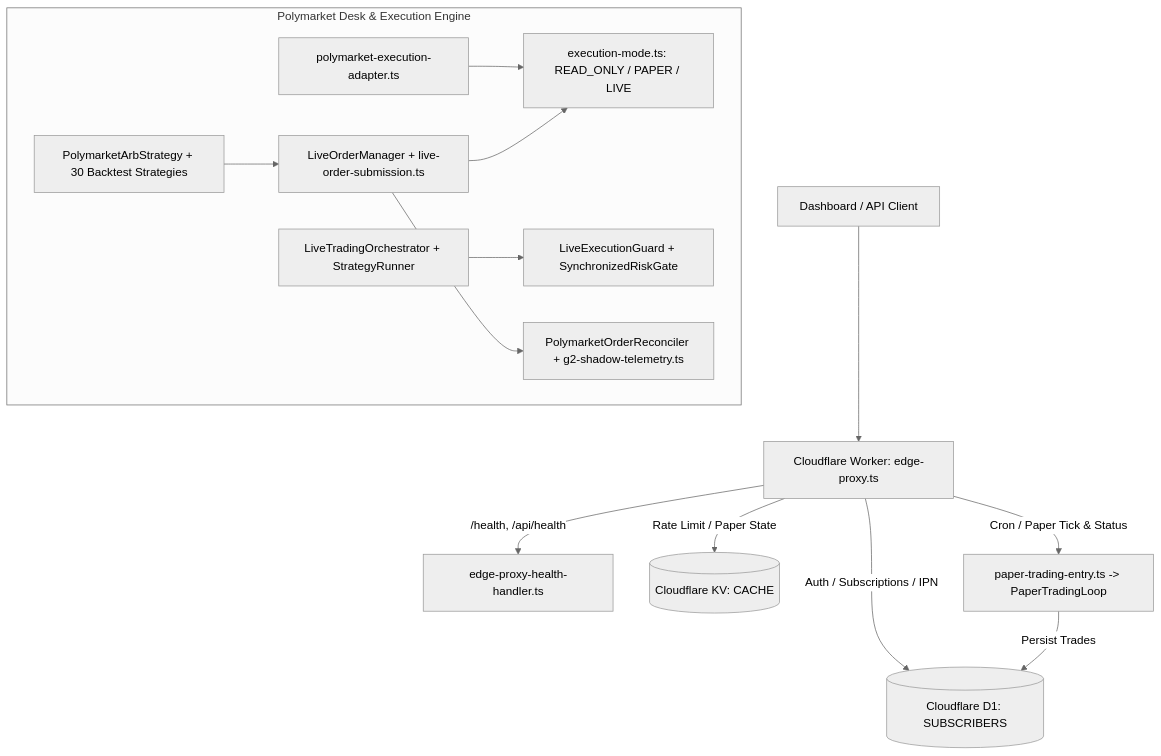
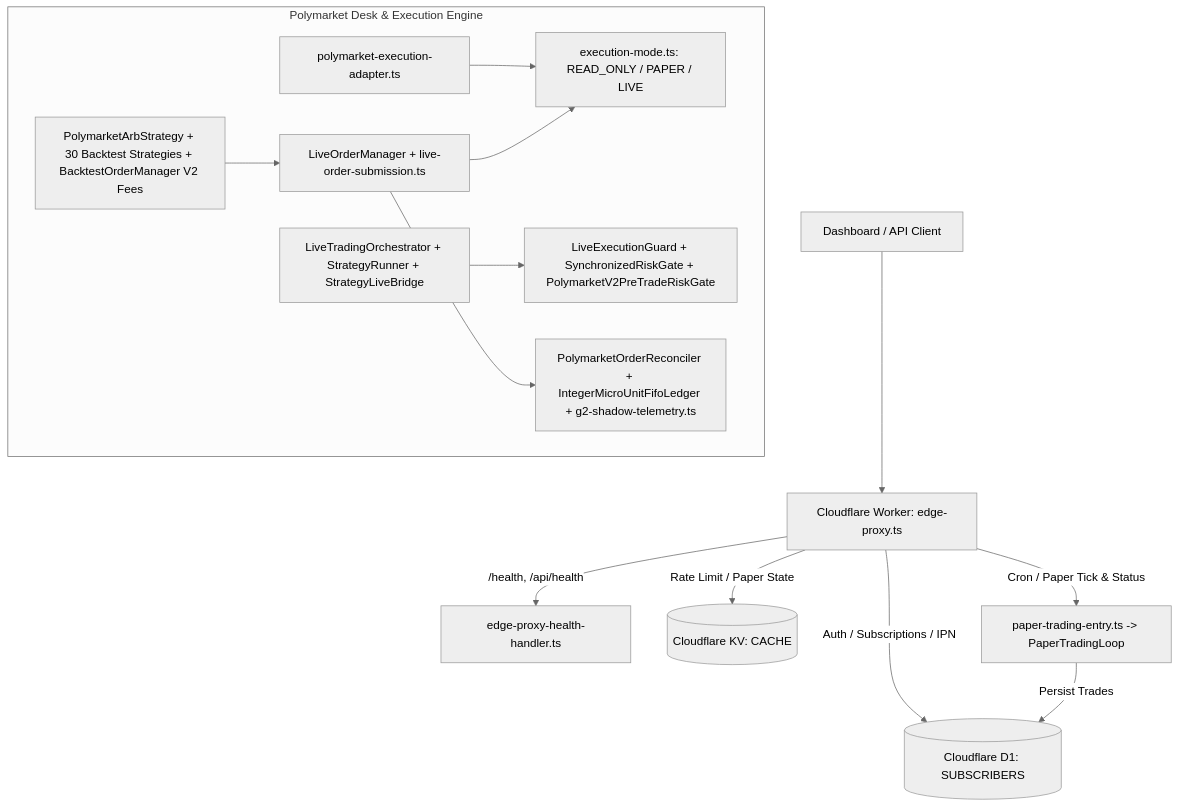
The diagram in plans/reports/audit-261101-golive-poly/01-system-map.md (minhlongs/algo-trader), drawn with Mermaid (neutral theme) before and after one commit. The commit also changed 15 other files, not shown here.

First line of the commit message:
feat(polymarket): wire 5-tier FIFO redemption settlement, opt-in CLOB V2 backtest fees, and sync audit dossier (#258) (#259)

````diff
--- a/plans/reports/audit-261101-golive-poly/01-system-map.md
+++ b/plans/reports/audit-261101-golive-poly/01-system-map.md
@@ -5,25 +5,25 @@
 ```mermaid
 flowchart TD
   Client[Dashboard / API Client] --> Edge[Cloudflare Worker: edge-proxy.ts]
   Edge -->|/health, /api/health| Health[edge-proxy-health-handler.ts]
   Edge -->|Auth / Subscriptions / IPN| D1[(Cloudflare D1: SUBSCRIBERS)]
   Edge -->|Rate Limit / Paper State| KV[(Cloudflare KV: CACHE)]
   Edge -->|Cron / Paper Tick & Status| Paper[paper-trading-entry.ts -> PaperTradingLoop]
   Paper -->|Persist Trades| D1
 
   subgraph NodeDesk [Polymarket Desk & Execution Engine]
     ModeGate[execution-mode.ts: READ_ONLY / PAPER / LIVE]
-    ExecGuard[LiveExecutionGuard + SynchronizedRiskGate]
+    ExecGuard[LiveExecutionGuard + SynchronizedRiskGate + PolymarketV2PreTradeRiskGate]
     Builder[polymarket-execution-adapter.ts]
-    Orch[LiveTradingOrchestrator + StrategyRunner]
+    Orch[LiveTradingOrchestrator + StrategyRunner + StrategyLiveBridge]
     LOM[LiveOrderManager + live-order-submission.ts]
-    Reconciler[PolymarketOrderReconciler + g2-shadow-telemetry.ts]
-    Arb[PolymarketArbStrategy + 30 Backtest Strategies]
+    Reconciler[PolymarketOrderReconciler + IntegerMicroUnitFifoLedger + g2-shadow-telemetry.ts]
+    Arb[PolymarketArbStrategy + 30 Backtest Strategies + BacktestOrderManager V2 Fees]
   end
 
   Arb --> LOM
   Orch --> ExecGuard
   Builder --> ModeGate
   LOM --> ModeGate
   LOM --> Reconciler
 ```
````
